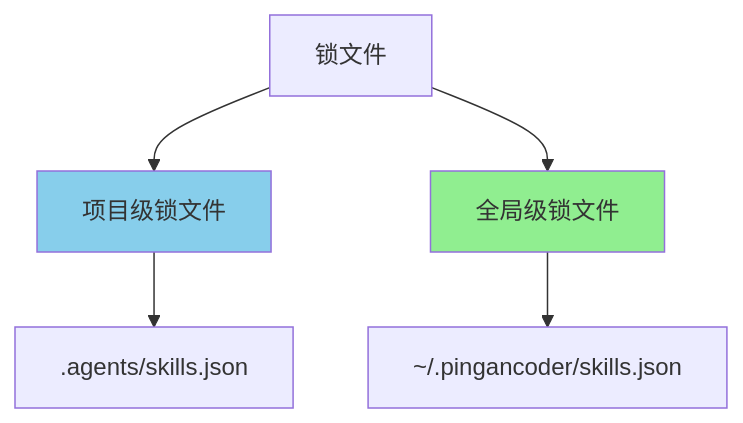
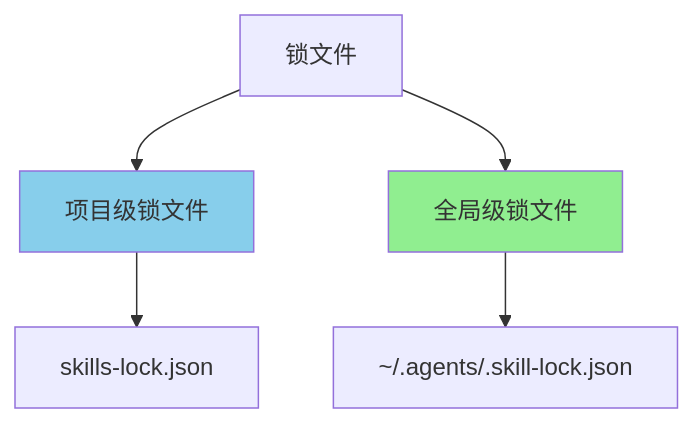
The diagram in plans/07-锁文件机制.md (chuxiaoguo/pa-find-skills), drawn with Mermaid before and after one commit. The commit also changed other lines of this file and 11 other files, not shown here.

````diff
--- a/plans/07-锁文件机制.md
+++ b/plans/07-锁文件机制.md
@@ -9,11 +9,11 @@
 ```mermaid
 graph TD
     A[锁文件] --> B[项目级锁文件]
     A --> C[全局级锁文件]
 
-    B --> D[.agents/skills.json]
-    C --> E[~/.pingancoder/skills.json]
+    B --> D[skills-lock.json]
+    C --> E[~/.agents/.skill-lock.json]
 
     style B fill:#87CEEB
     style C fill:#90EE90
 ```
````
